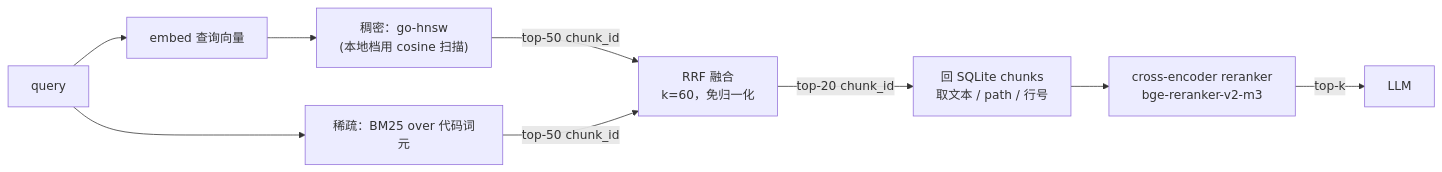
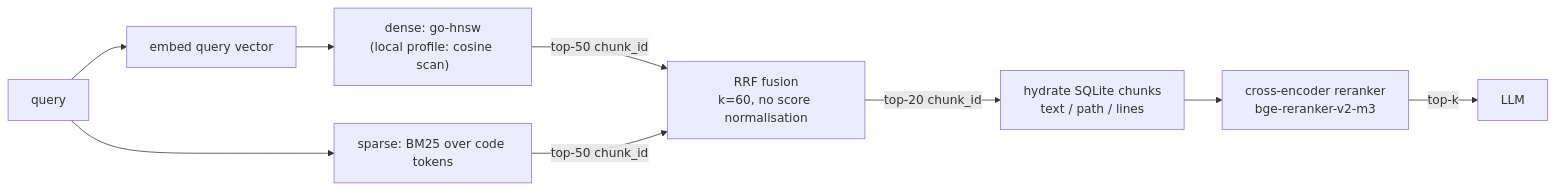
The eighth of 11 diagrams in README.md (AndyUneducated/repo-sage), drawn with Mermaid before and after one commit. The commit also changed other lines of this file and 14 other files, not shown here.

````diff
--- a/README.md
+++ b/README.md
@@ -248,11 +248,11 @@
 ```mermaid
 flowchart LR
-  Q["query"] --> E["embed 查询向量"]
-  E --> D["稠密：go-hnsw<br/>(本地档用 cosine 扫描)"]
-  Q --> S["稀疏：BM25 over 代码词元"]
-  D -->|"top-50 chunk_id"| RRF["RRF 融合<br/>k=60，免归一化"]
+  Q["query"] --> E["embed query vector"]
+  E --> D["dense: go-hnsw<br/>(local profile: cosine scan)"]
+  Q --> S["sparse: BM25 over code tokens"]
+  D -->|"top-50 chunk_id"| RRF["RRF fusion<br/>k=60, no score normalisation"]
   S -->|"top-50 chunk_id"| RRF
-  RRF -->|"top-20 chunk_id"| Hy["回 SQLite chunks<br/>取文本 / path / 行号"]
+  RRF -->|"top-20 chunk_id"| Hy["hydrate SQLite chunks<br/>text / path / lines"]
   Hy --> RR["cross-encoder reranker<br/>bge-reranker-v2-m3"]
   RR -->|"top-k"| LLM["LLM"]
 ```
````
